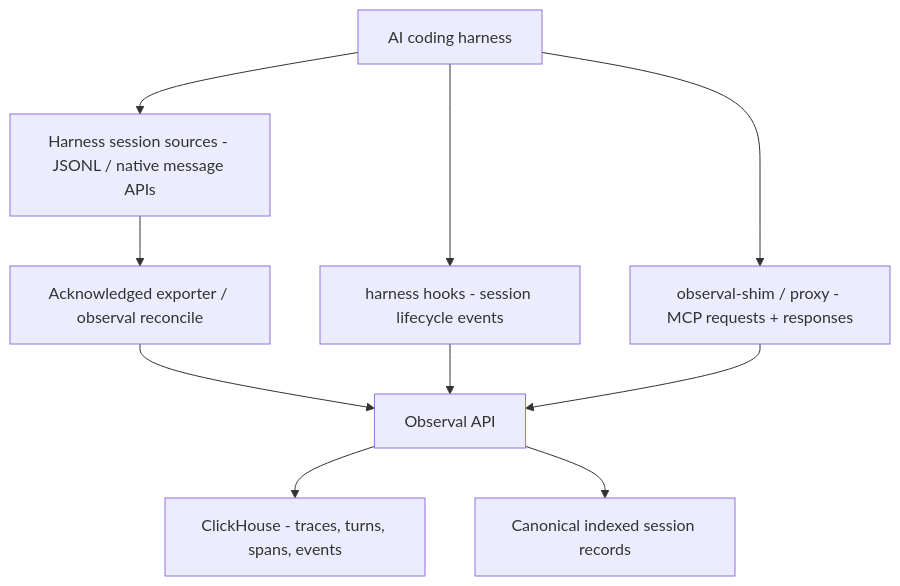
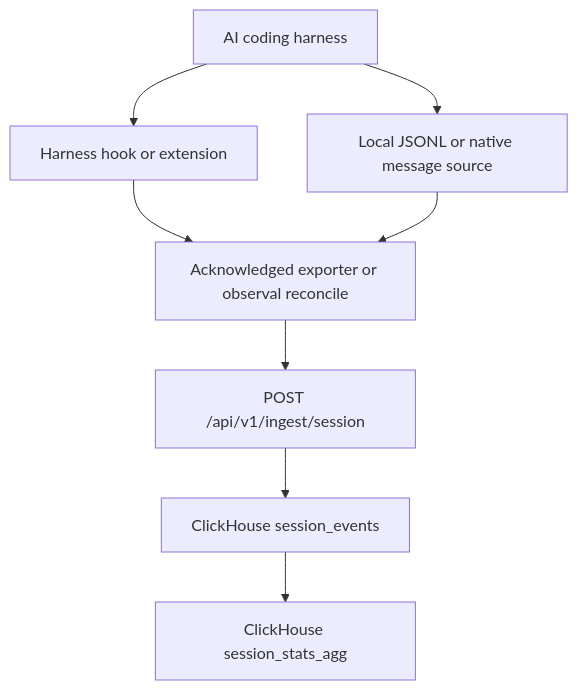
One commit to Observal/Observal changed the diagram in docs/self-hosting/telemetry-pipeline.md. Above: the diagram before and after it, drawn with Mermaid. The commit also changed other lines of this file and 87 other files, not shown here.

````diff
--- a/docs/self-hosting/telemetry-pipeline.md
+++ b/docs/self-hosting/telemetry-pipeline.md
@@ -12,21 +12,18 @@
 ```mermaid
 flowchart TB
     harness["AI coding harness"]
-    sessionFiles["Harness session sources - JSONL / native message APIs"]
-    reconcile["Acknowledged exporter / observal reconcile"]
-    hooks["harness hooks - session lifecycle events"]
-    shim["observal-shim / proxy - MCP requests + responses"]
-    api["Observal API"]
-    ch["ClickHouse - traces, turns, spans, events"]
-    sessionStore["Canonical indexed session records"]
+    source["Local JSONL or native message source"]
+    wakeup["Harness hook or extension"]
+    exporter["Acknowledged exporter or observal reconcile"]
+    api["POST /api/v1/ingest/session"]
+    events["ClickHouse session_events"]
+    stats["ClickHouse session_stats_agg"]
 
-    harness --> sessionFiles
-    sessionFiles --> reconcile
-    reconcile --> api
-    harness --> hooks
-    hooks --> api
-    harness --> shim
-    shim --> api
-    api --> ch
-    api --> sessionStore
+    harness --> source
+    harness --> wakeup
+    wakeup --> exporter
+    source --> exporter
+    exporter --> api
+    api --> events
+    events --> stats
 ```
````
